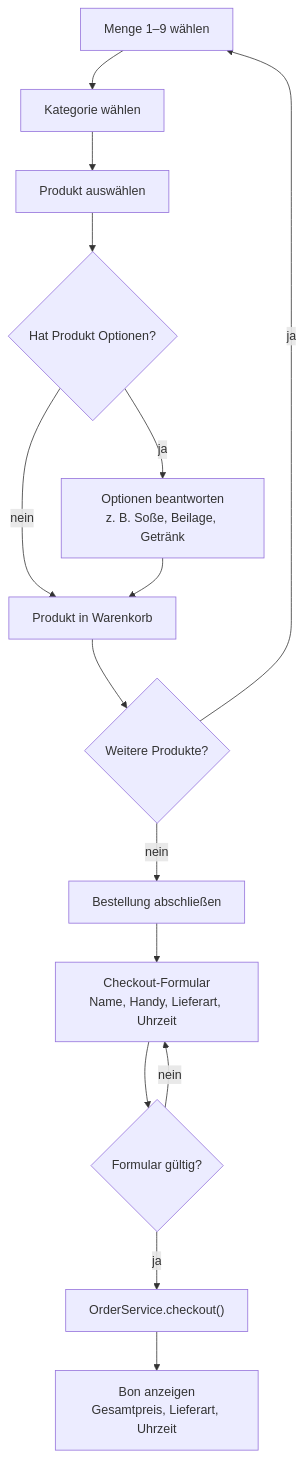
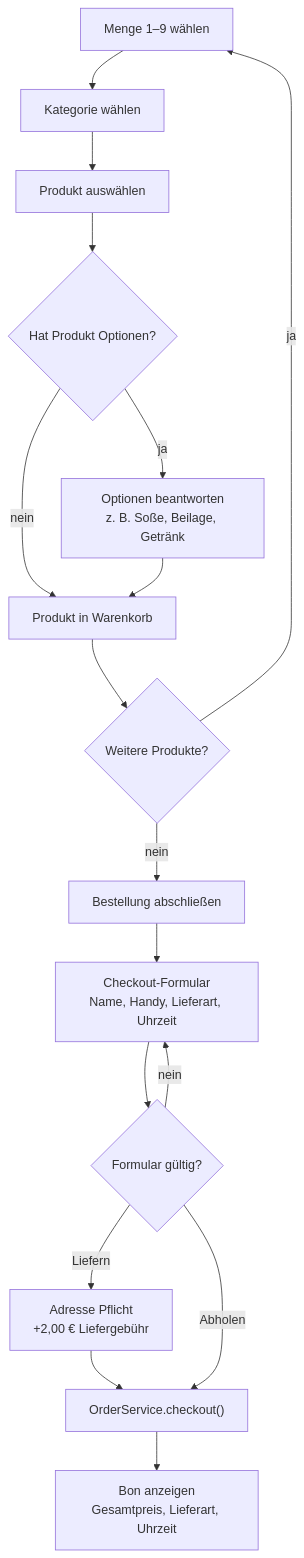
One commit to denisaandreea-a/McDenisa-Website-Pruefung changed the third of 4 diagrams in docs/wiki.md. Above: the diagram before and after it, drawn with Mermaid. The commit also changed other lines of this file and 14 other files, not shown here.

````diff
--- a/docs/wiki.md
+++ b/docs/wiki.md
@@ -361,17 +367,19 @@
 ```mermaid
 flowchart TD
   A["Menge 1–9 wählen"] --> B["Kategorie wählen"]
   B --> C["Produkt auswählen"]
   C --> D{"Hat Produkt Optionen?"}
   D -->|ja| E["Optionen beantworten\nz. B. Soße, Beilage, Getränk"]
   D -->|nein| F["Produkt in Warenkorb"]
   E --> F
   F --> G{"Weitere Produkte?"}
   G -->|ja| A
   G -->|nein| H["Bestellung abschließen"]
   H --> I["Checkout-Formular\nName, Handy, Lieferart, Uhrzeit"]
   I --> J{"Formular gültig?"}
   J -->|nein| I
-  J -->|ja| K["OrderService.checkout()"]
+  J -->|Liefern| M["Adresse Pflicht\n+2,00 € Liefergebühr"]
+  M --> K["OrderService.checkout()"]
+  J -->|Abholen| K
   K --> L["Bon anzeigen\nGesamtpreis, Lieferart, Uhrzeit"]
 ```
````
